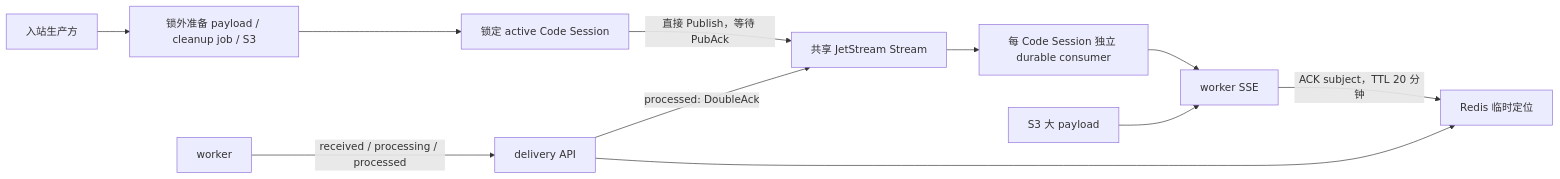
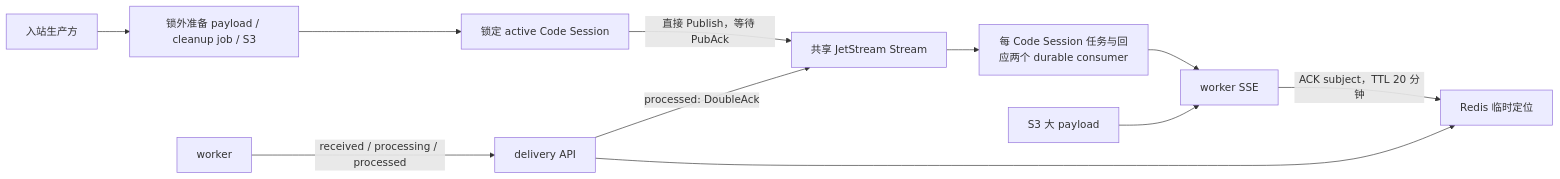
Before and after one commit to superduck-ai/open-managed-agents: the diagram in docs/design/be/ccrv2/code-session-inbound-events-removal-clarifications.md, drawn with Mermaid. The commit also changed other lines of this file and 9 other files, not shown here.

````diff
--- a/docs/design/be/ccrv2/code-session-inbound-events-removal-clarifications.md
+++ b/docs/design/be/ccrv2/code-session-inbound-events-removal-clarifications.md
@@ -17,13 +17,13 @@
 ```mermaid
 flowchart LR
     Producer["入站生产方"] --> Prepare["锁外准备 payload / cleanup job / S3"]
     Prepare --> Lock["锁定 active Code Session"]
     Lock -->|直接 Publish，等待 PubAck| JS["共享 JetStream Stream"]
-    JS --> Durable["每 Code Session 独立 durable consumer"]
+    JS --> Durable["每 Code Session 任务与回应两个 durable consumer"]
     Durable --> SSE["worker SSE"]
     SSE -->|ACK subject，TTL 20 分钟| Redis["Redis 临时定位"]
     Worker["worker"] -->|received / processing / processed| Delivery["delivery API"]
     Delivery --> Redis
     Delivery -->|processed: DoubleAck| JS
     S3["S3 大 payload"] --> SSE
 ```
````
